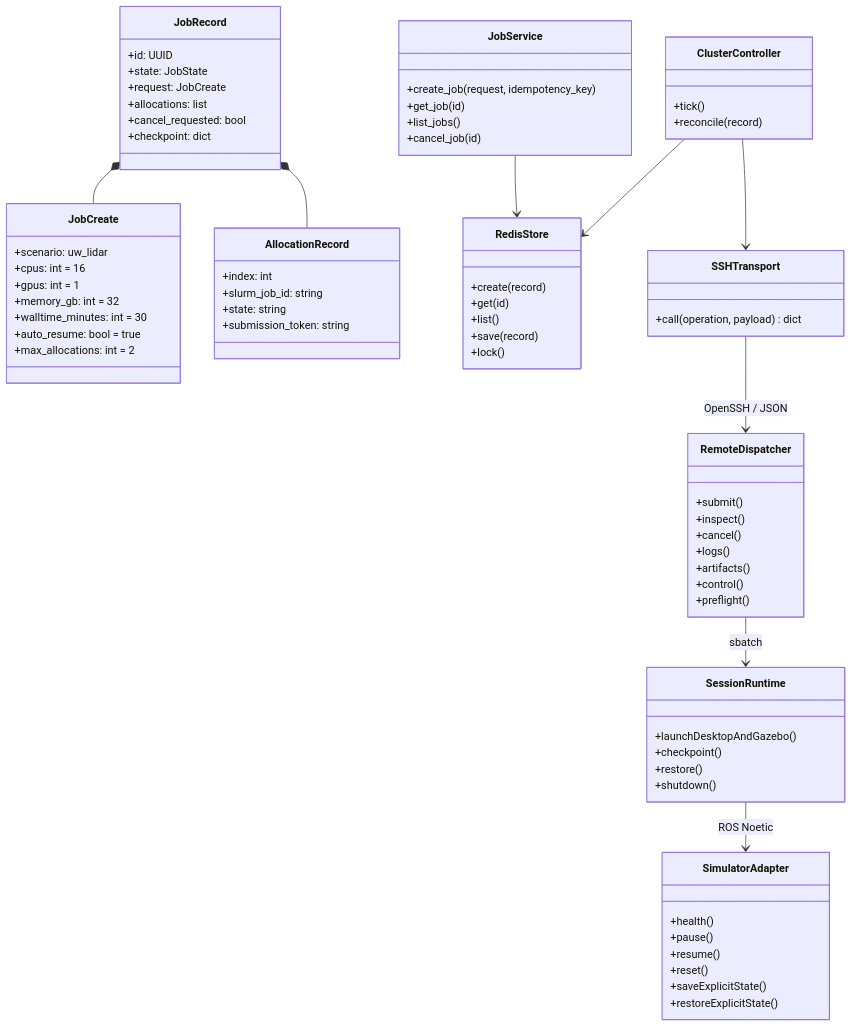
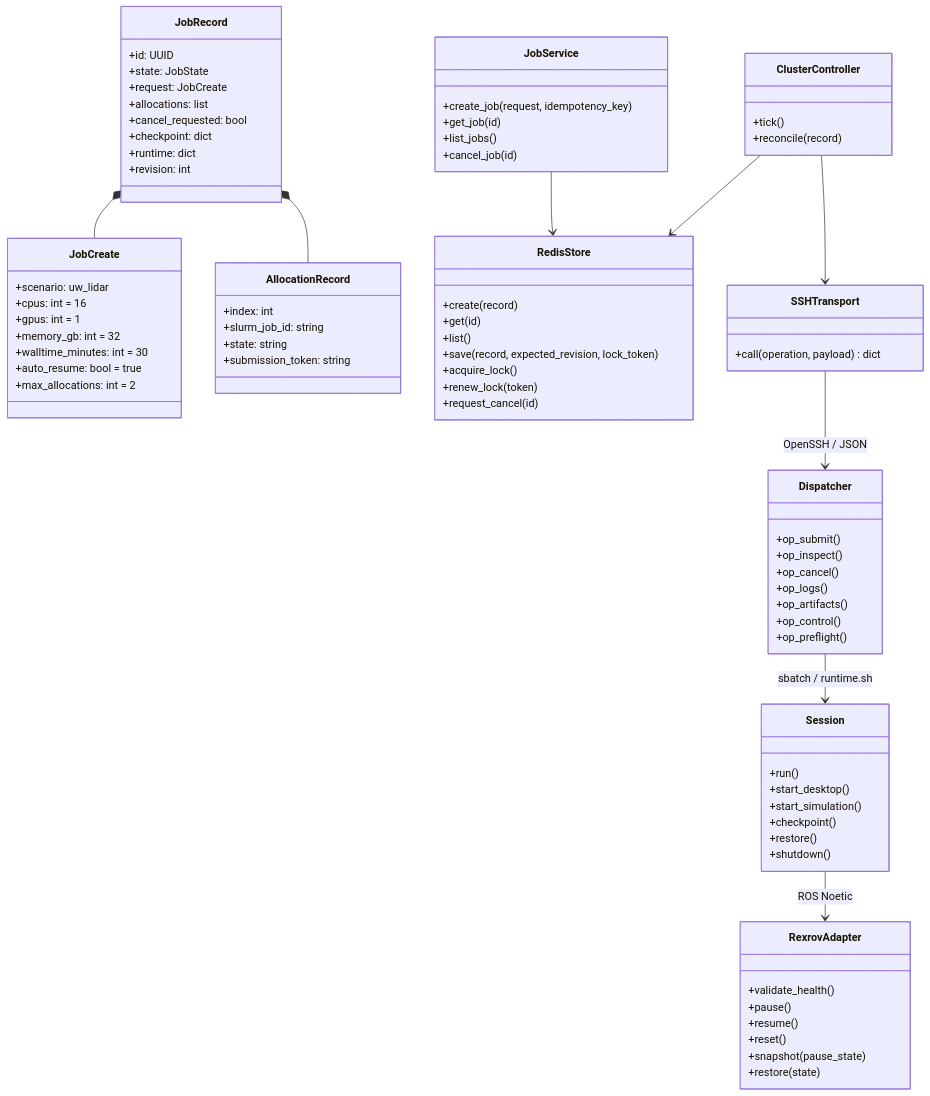
The first of 4 diagrams in kb/architecture.md (LucaSforza/dave), drawn with Mermaid before and after one commit. The commit also changed other lines of this file and 63 other files, not shown here.

````diff
--- a/kb/architecture.md
+++ b/kb/architecture.md
@@ -20,6 +20,8 @@
         +allocations: list
         +cancel_requested: bool
         +checkpoint: dict
+        +runtime: dict
+        +revision: int
     }
     class AllocationRecord {
         +index: int
@@ -37,8 +39,10 @@
         +create(record)
         +get(id)
         +list()
-        +save(record)
-        +lock()
+        +save(record, expected_revision, lock_token)
+        +acquire_lock()
+        +renew_lock(token)
+        +request_cancel(id)
     }
     class ClusterController {
         +tick()
@@ -47,35 +51,37 @@
     class SSHTransport {
         +call(operation, payload) dict
     }
-    class RemoteDispatcher {
-        +submit()
-        +inspect()
-        +cancel()
-        +logs()
-        +artifacts()
-        +control()
-        +preflight()
+    class Dispatcher {
+        +op_submit()
+        +op_inspect()
+        +op_cancel()
+        +op_logs()
+        +op_artifacts()
+        +op_control()
+        +op_preflight()
     }
-    class SessionRuntime {
-        +launchDesktopAndGazebo()
+    class Session {
+        +run()
+        +start_desktop()
+        +start_simulation()
         +checkpoint()
         +restore()
         +shutdown()
     }
-    class SimulatorAdapter {
-        +health()
+    class RexrovAdapter {
+        +validate_health()
         +pause()
         +resume()
         +reset()
-        +saveExplicitState()
-        +restoreExplicitState()
+        +snapshot(pause_state)
+        +restore(state)
     }
     JobRecord *-- JobCreate
     JobRecord *-- AllocationRecord
     JobService --> RedisStore
     ClusterController --> RedisStore
     ClusterController --> SSHTransport
-    SSHTransport --> RemoteDispatcher : OpenSSH / JSON
-    RemoteDispatcher --> SessionRuntime : sbatch
-    SessionRuntime --> SimulatorAdapter : ROS Noetic
+    SSHTransport --> Dispatcher : OpenSSH / JSON
+    Dispatcher --> Session : sbatch / runtime.sh
+    Session --> RexrovAdapter : ROS Noetic
 ```
````
